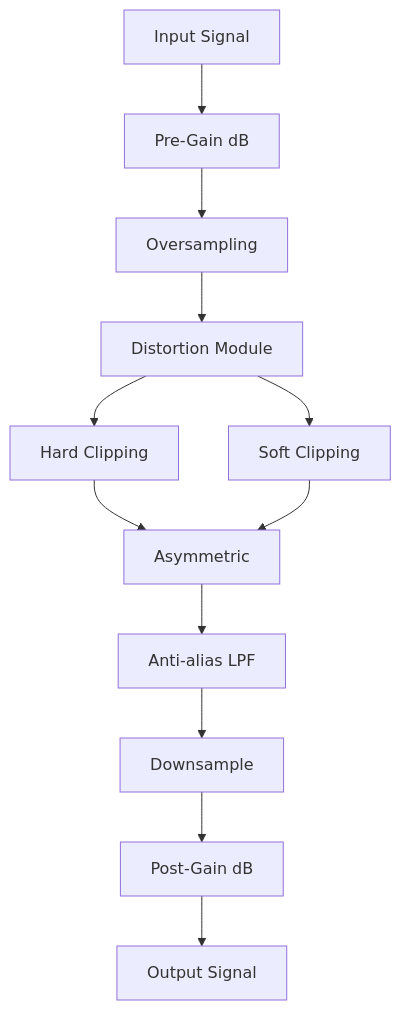
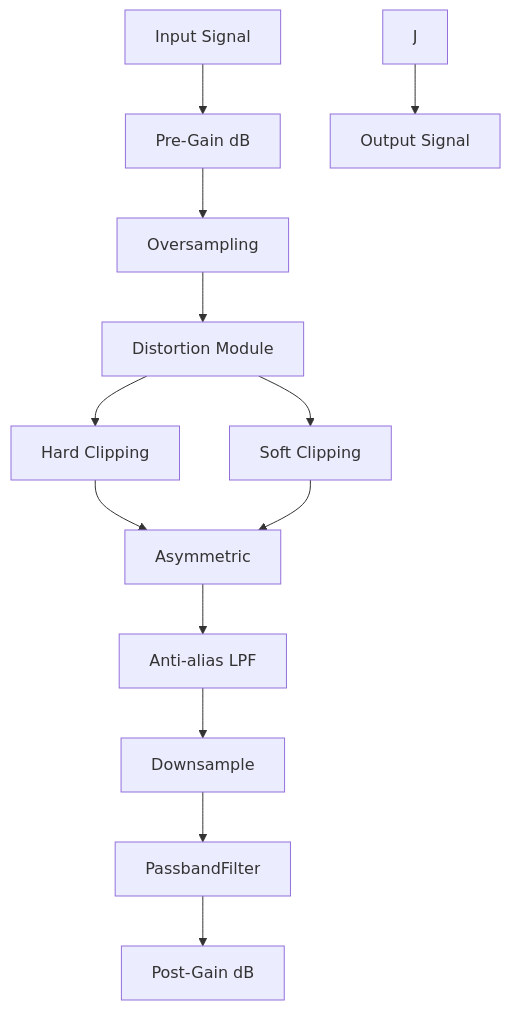
One commit to angutierrezgi/Blue_Slashes changed the first of 2 diagrams in README.md. Above: the diagram before and after it, drawn with Mermaid. The commit also changed 10 other files, not shown here.

````diff
--- a/README.md
+++ b/README.md
@@ -38,14 +38,15 @@
 ```mermaid
 graph TD
     A[Input Signal] --> B[Pre-Gain dB]
     B --> C[Oversampling]
     C --> D[Distortion Module]
     D --> D1[Hard Clipping]
     D --> D2[Soft Clipping]
     D1 --> E[Asymmetric]
     D2 --> E
     E --> F[Anti-alias LPF]
     F --> G[Downsample]
-    G --> H[Post-Gain dB]
-    H --> I[Output Signal]
+    G --> H[PassbandFilter]
+    H --> I[Post-Gain dB]
+    J --> K[Output Signal]
 ```
````
